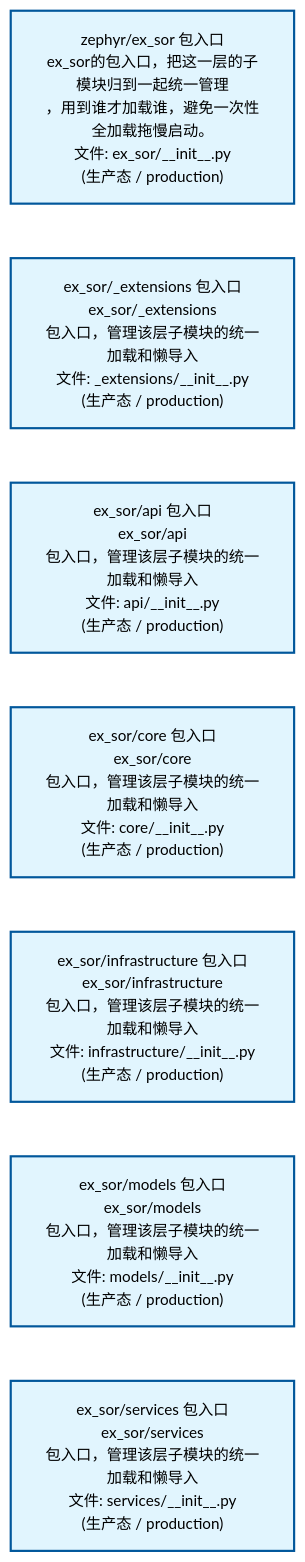
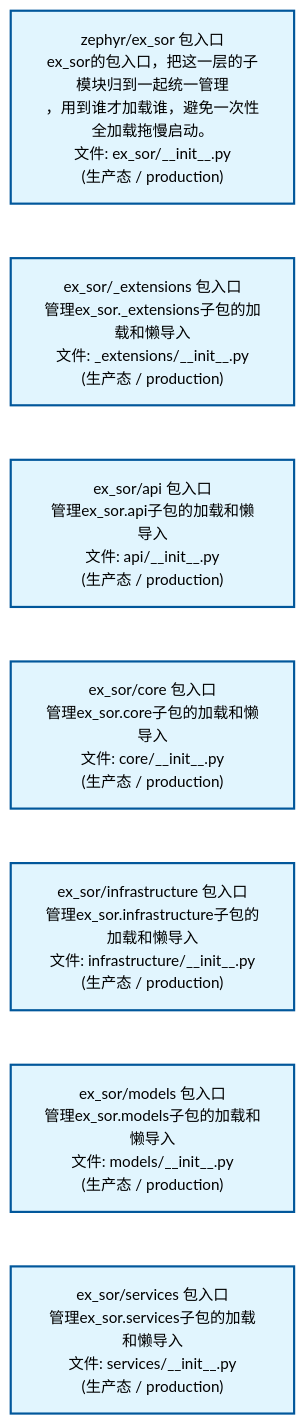
The second of 4 diagrams in docs/02_enterprise_architecture/02_domain_architecture_docs/45_d_ex_sor.md (xuanFelixVan/ZephyrAlpha), drawn with Mermaid before and after one commit. The commit also changed other lines of this file and 59 other files, not shown here.

````diff
--- a/docs/02_enterprise_architecture/02_domain_architecture_docs/45_d_ex_sor.md
+++ b/docs/02_enterprise_architecture/02_domain_architecture_docs/45_d_ex_sor.md
@@ -111,22 +111,22 @@
 ```mermaid
 %%{init: {'theme': 'base', 'themeVariables': {'primaryColor': '#eaeaea', 'primaryTextColor': '#333333', 'primaryBorderColor': '#666666', 'lineColor': '#666666', 'secondaryColor': '#eaeaea', 'tertiaryColor': '#eaeaea', 'fontSize': '14px'}}}%%
 flowchart TD
     src_zephyr_ex_sor_init_py["zephyr/ex_sor 包入口<br/>ex_sor的包入口，把这一层的子模块归到一起统一管理<br/>，用到谁才加载谁，避免一次性全加载拖慢启动。<br/>文件: ex_sor/__init__.py<br/>(生产态 / production)"]
-    src_zephyr_ex_sor_extensions_init_py["ex_sor/_extensions 包入口<br/>ex_sor/_extensions<br/>包入口，管理该层子模块的统一加载和懒导入<br/>文件: _extensions/__init__.py<br/>(生产态 / production)"]
-    src_zephyr_ex_sor_api_init_py["ex_sor/api 包入口<br/>ex_sor/api<br/>包入口，管理该层子模块的统一加载和懒导入<br/>文件: api/__init__.py<br/>(生产态 / production)"]
-    src_zephyr_ex_sor_core_init_py["ex_sor/core 包入口<br/>ex_sor/core<br/>包入口，管理该层子模块的统一加载和懒导入<br/>文件: core/__init__.py<br/>(生产态 / production)"]
-    src_zephyr_ex_sor_infrastructure_init_py["ex_sor/infrastructure 包入口<br/>ex_sor/infrastructure<br/>包入口，管理该层子模块的统一加载和懒导入<br/>文件: infrastructure/__init__.py<br/>(生产态 / production)"]
-    src_zephyr_ex_sor_models_init_py["ex_sor/models 包入口<br/>ex_sor/models<br/>包入口，管理该层子模块的统一加载和懒导入<br/>文件: models/__init__.py<br/>(生产态 / production)"]
-    src_zephyr_ex_sor_services_init_py["ex_sor/services 包入口<br/>ex_sor/services<br/>包入口，管理该层子模块的统一加载和懒导入<br/>文件: services/__init__.py<br/>(生产态 / production)"]
+    src_zephyr_ex_sor_extensions_init_py["ex_sor/_extensions 包入口<br/>管理ex_sor._extensions子包的加载和懒导入<br/>文件: _extensions/__init__.py<br/>(生产态 / production)"]
+    src_zephyr_ex_sor_api_init_py["ex_sor/api 包入口<br/>管理ex_sor.api子包的加载和懒导入<br/>文件: api/__init__.py<br/>(生产态 / production)"]
+    src_zephyr_ex_sor_core_init_py["ex_sor/core 包入口<br/>管理ex_sor.core子包的加载和懒导入<br/>文件: core/__init__.py<br/>(生产态 / production)"]
+    src_zephyr_ex_sor_infrastructure_init_py["ex_sor/infrastructure 包入口<br/>管理ex_sor.infrastructure子包的加载和懒导入<br/>文件: infrastructure/__init__.py<br/>(生产态 / production)"]
+    src_zephyr_ex_sor_models_init_py["ex_sor/models 包入口<br/>管理ex_sor.models子包的加载和懒导入<br/>文件: models/__init__.py<br/>(生产态 / production)"]
+    src_zephyr_ex_sor_services_init_py["ex_sor/services 包入口<br/>管理ex_sor.services子包的加载和懒导入<br/>文件: services/__init__.py<br/>(生产态 / production)"]
     src_zephyr_ex_sor_init_py ~~~ src_zephyr_ex_sor_extensions_init_py
     src_zephyr_ex_sor_extensions_init_py ~~~ src_zephyr_ex_sor_api_init_py
     src_zephyr_ex_sor_api_init_py ~~~ src_zephyr_ex_sor_core_init_py
     src_zephyr_ex_sor_core_init_py ~~~ src_zephyr_ex_sor_infrastructure_init_py
     src_zephyr_ex_sor_infrastructure_init_py ~~~ src_zephyr_ex_sor_models_init_py
     src_zephyr_ex_sor_models_init_py ~~~ src_zephyr_ex_sor_services_init_py
     classDef production fill:#e1f5fe,stroke:#01579b,stroke-width:2px,color:#000
     classDef design fill:#fff3e0,stroke:#e65100,stroke-width:2px,color:#000,stroke-dasharray: 5 5
     classDef external_prod fill:#e8f4fd,stroke:#0277bd,stroke-width:1px,color:#000
     classDef external_design fill:#fff8e7,stroke:#ef6c00,stroke-width:1px,color:#000,stroke-dasharray: 5 5
     class src_zephyr_ex_sor_init_py,src_zephyr_ex_sor_extensions_init_py,src_zephyr_ex_sor_api_init_py,src_zephyr_ex_sor_core_init_py,src_zephyr_ex_sor_infrastructure_init_py,src_zephyr_ex_sor_models_init_py,src_zephyr_ex_sor_services_init_py production
 ```
````
